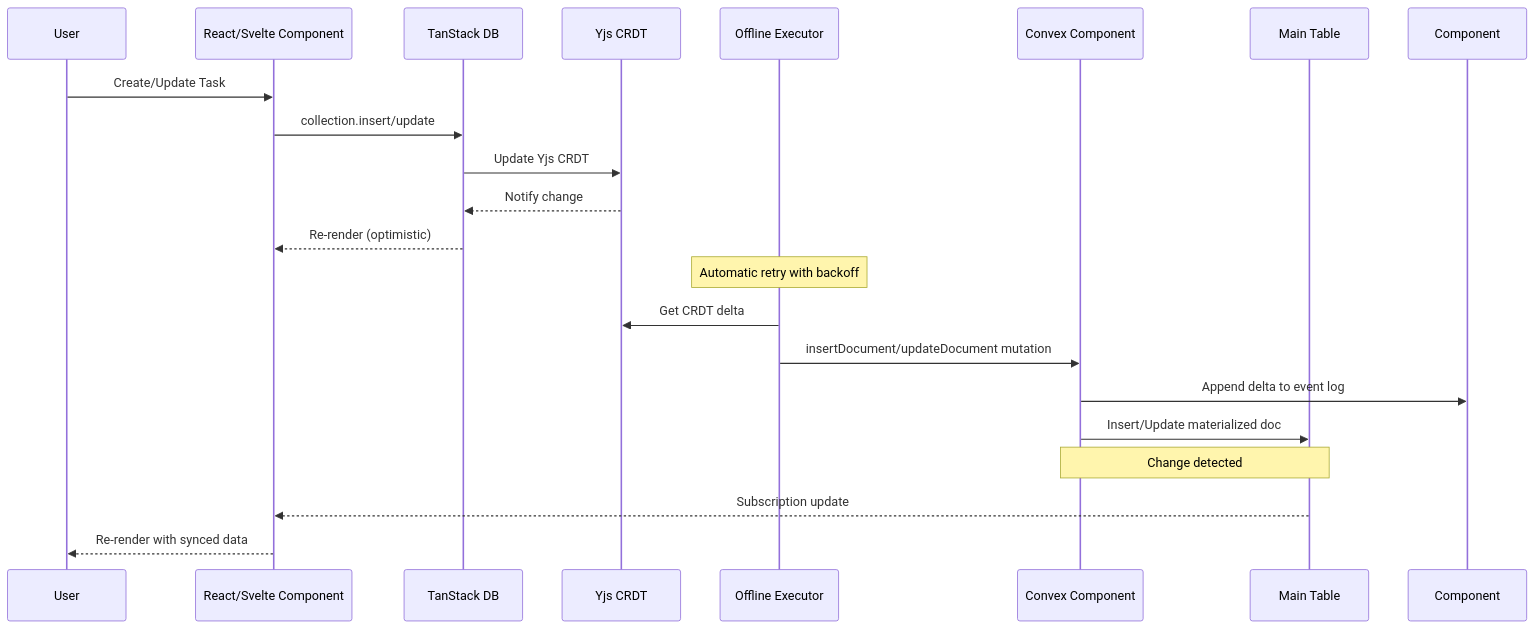
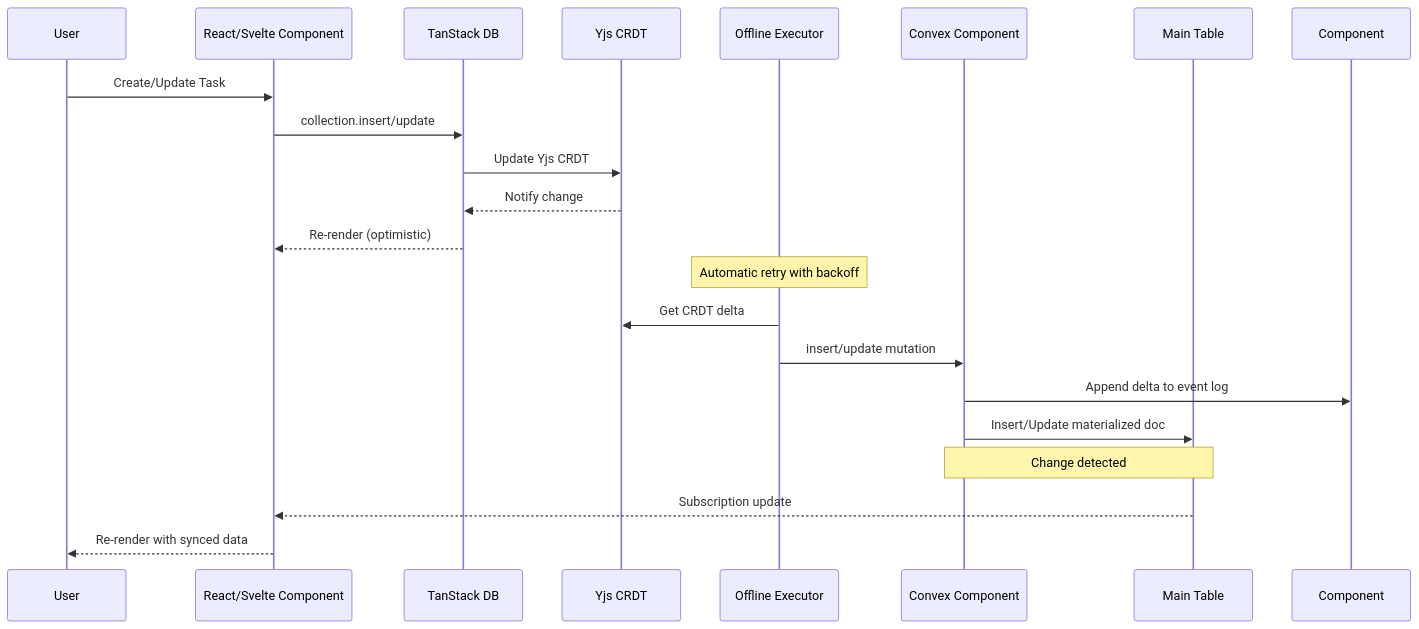
One commit to trestleinc/convex-replicate changed the first of 3 diagrams in README.md. Above: the diagram before and after it, drawn with Mermaid. The commit also changed other lines of this file and 6 other files, not shown here.

````diff
--- a/README.md
+++ b/README.md
@@ -27,26 +27,26 @@
 ```mermaid
 sequenceDiagram
     participant User
     participant UI as React/Svelte Component
     participant TDB as TanStack DB
     participant Yjs as Yjs CRDT
     participant Offline as Offline Executor
     participant Convex as Convex Component
     participant Table as Main Table
 
     User->>UI: Create/Update Task
     UI->>TDB: collection.insert/update
     TDB->>Yjs: Update Yjs CRDT
     Yjs-->>TDB: Notify change
     TDB-->>UI: Re-render (optimistic)
 
     Note over Offline: Automatic retry with backoff
     Offline->>Yjs: Get CRDT delta
-    Offline->>Convex: insertDocument/updateDocument mutation
+    Offline->>Convex: insert/update mutation
     Convex->>Component: Append delta to event log
     Convex->>Table: Insert/Update materialized doc
 
     Note over Convex,Table: Change detected
     Table-->>UI: Subscription update
     UI-->>User: Re-render with synced data
 ```
````
